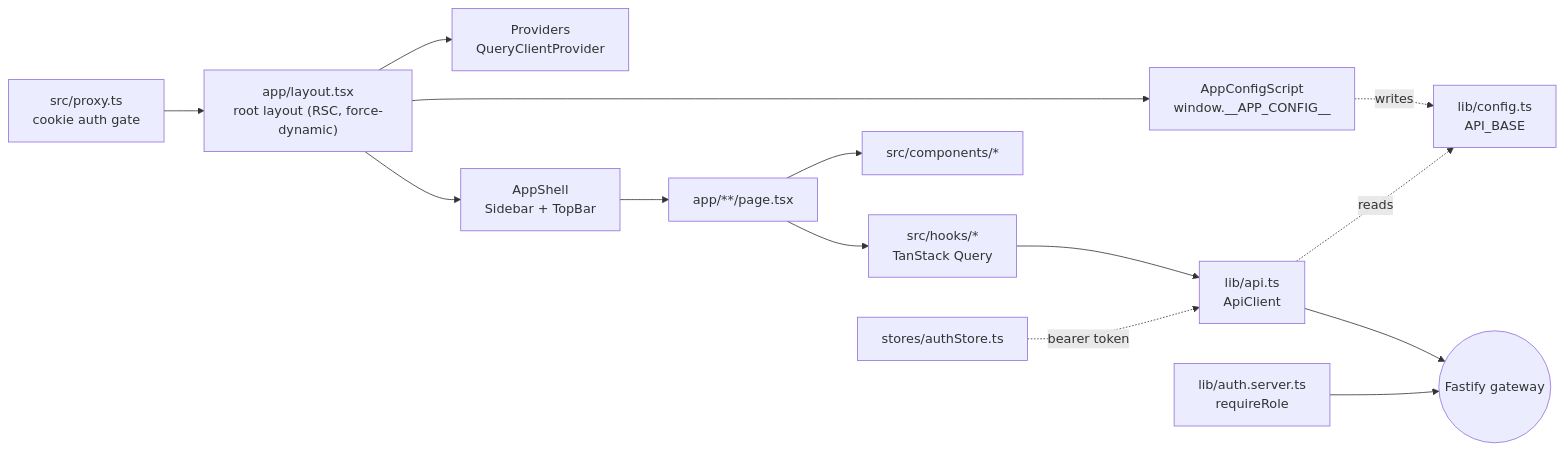
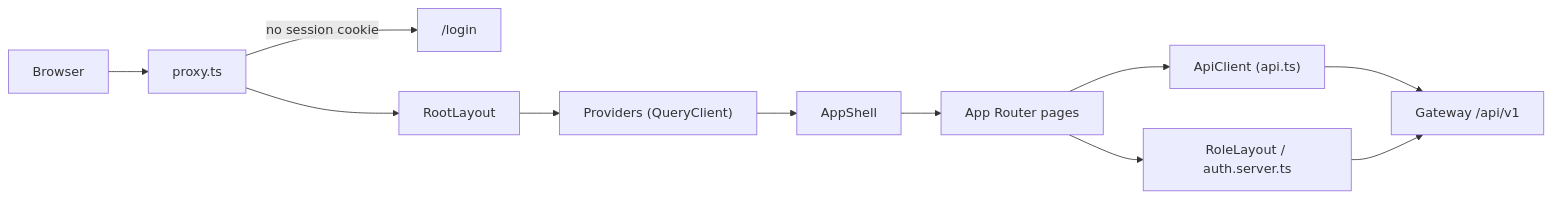
The first of 2 diagrams in wiki/5-web-dashboard.md (yorch/auto-swe), drawn with Mermaid before and after one commit. The commit also changed other lines of this file and 30 other files, not shown here.

````diff
--- a/wiki/5-web-dashboard.md
+++ b/wiki/5-web-dashboard.md
@@ -62,16 +30,13 @@
 ```mermaid
 flowchart LR
-    Proxy["src/proxy.ts<br/>cookie auth gate"] --> Layout["app/layout.tsx<br/>root layout (RSC, force-dynamic)"]
-    Layout --> ConfigScript["AppConfigScript<br/>window.__APP_CONFIG__"]
-    Layout --> Providers["Providers<br/>QueryClientProvider"]
-    Layout --> Shell["AppShell<br/>Sidebar + TopBar"]
-    Shell --> Pages["app/**/page.tsx"]
-    Pages --> Hooks["src/hooks/*<br/>TanStack Query"]
-    Pages --> Components["src/components/*"]
-    Hooks --> ApiClient["lib/api.ts<br/>ApiClient"]
-    ApiClient --> Gateway(("Fastify gateway"))
-    Guards["lib/auth.server.ts<br/>requireRole"] --> Gateway
-    ConfigScript -.writes.-> Config["lib/config.ts<br/>API_BASE"]
-    ApiClient -.reads.-> Config
-    AuthStore["stores/authStore.ts"] -.bearer token.-> ApiClient
+  Browser --> Proxy["proxy.ts"]
+  Proxy -->|"no session cookie"| Login["/login"]
+  Proxy --> Layout["RootLayout"]
+  Layout --> Providers["Providers (QueryClient)"]
+  Providers --> Shell["AppShell"]
+  Shell --> Pages["App Router pages"]
+  Pages --> Api["ApiClient (api.ts)"]
+  Pages --> Role["RoleLayout / auth.server.ts"]
+  Api --> Gateway["Gateway /api/v1"]
+  Role --> Gateway
 ```
````
